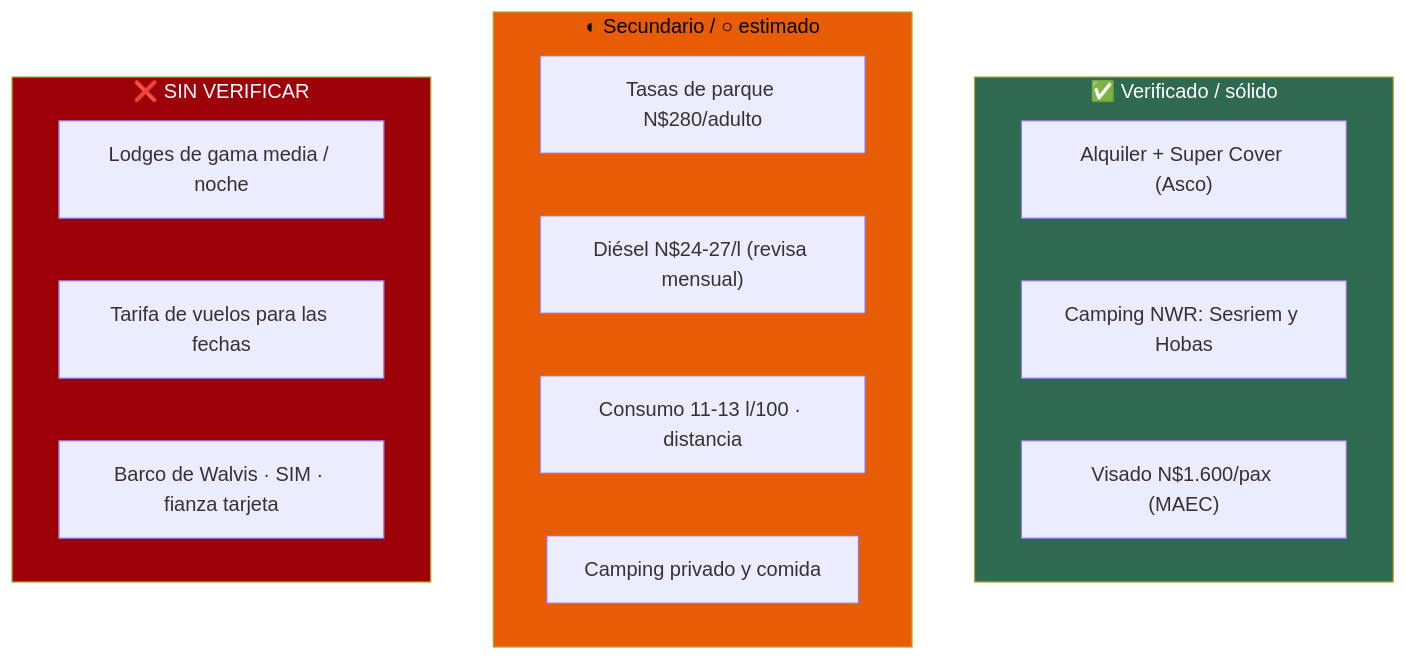
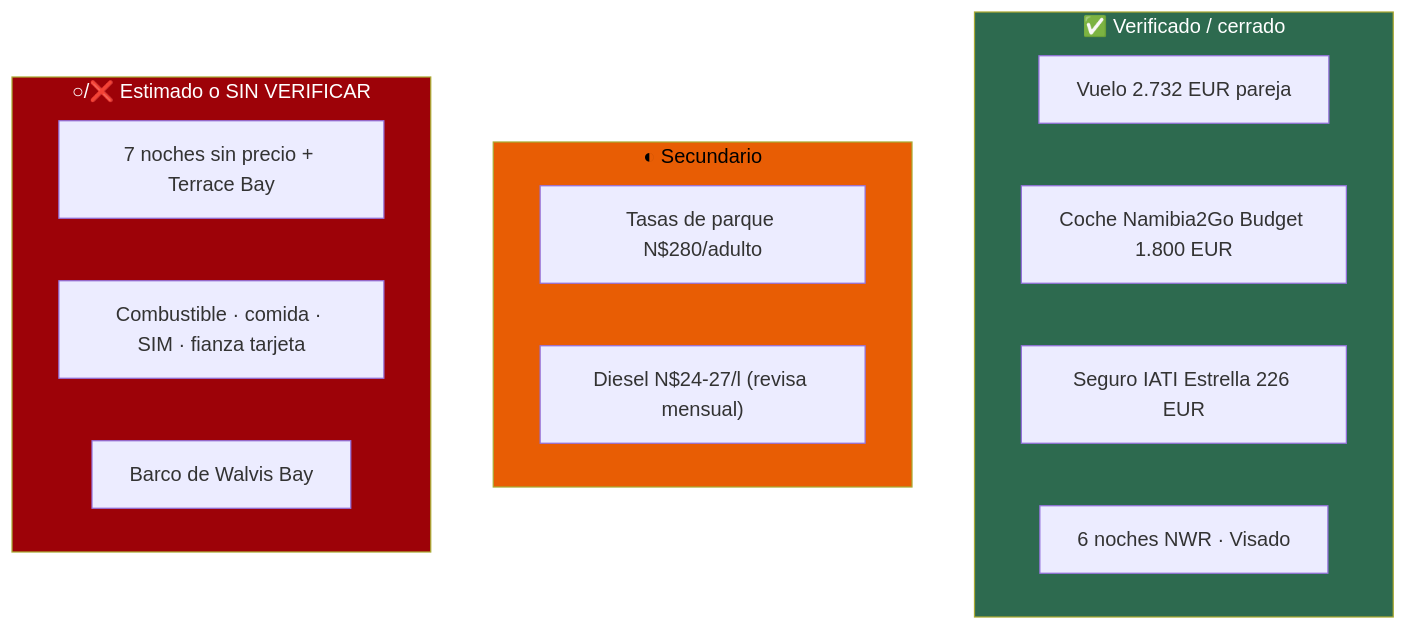
One commit to morandeirachema/namibia changed the fourth of 4 diagrams in 10-presupuesto.md. Above: the diagram before and after it, drawn with Mermaid. The commit also changed other lines of this file and 2 other files, not shown here.

First line of the commit message:
Rehacer el presupuesto sobre la ruta y las reservas reales (Variante E, coche Budget)

````diff
--- a/10-presupuesto.md
+++ b/10-presupuesto.md
@@ -306,22 +258,21 @@
 ```mermaid
 flowchart TD
-    subgraph V["✅ Verificado / sólido"]
-        A["Alquiler + Super Cover (Asco)"]
-        B["Camping NWR: Sesriem y Hobas"]
-        C["Visado N$1.600/pax (MAEC)"]
+    subgraph V["✅ Verificado / cerrado"]
+        A["Vuelo 2.732 EUR pareja"]
+        B["Coche Namibia2Go Budget 1.800 EUR"]
+        C["Seguro IATI Estrella 226 EUR"]
+        D["6 noches NWR · Visado"]
     end
-    subgraph M["◐ Secundario / ○ estimado"]
-        D["Tasas de parque N$280/adulto"]
-        E["Diésel N$24-27/l (revisa mensual)"]
-        F["Consumo 11-13 l/100 · distancia"]
-        G["Camping privado y comida"]
+    subgraph M["◐ Secundario"]
+        E["Tasas de parque N$280/adulto"]
+        F["Diesel N$24-27/l (revisa mensual)"]
     end
-    subgraph X["❌ SIN VERIFICAR"]
-        H["Lodges de gama media / noche"]
-        I["Tarifa de vuelos para las fechas"]
-        J["Barco de Walvis · SIM · fianza tarjeta"]
+    subgraph X["○/❌ Estimado o SIN VERIFICAR"]
+        G["7 noches sin precio + Terrace Bay"]
+        H["Combustible · comida · SIM · fianza tarjeta"]
+        I["Barco de Walvis Bay"]
     end
     style V fill:#2d6a4f,color:#fff
     style M fill:#e85d04,color:#000
     style X fill:#9d0208,color:#fff
 ```
````
